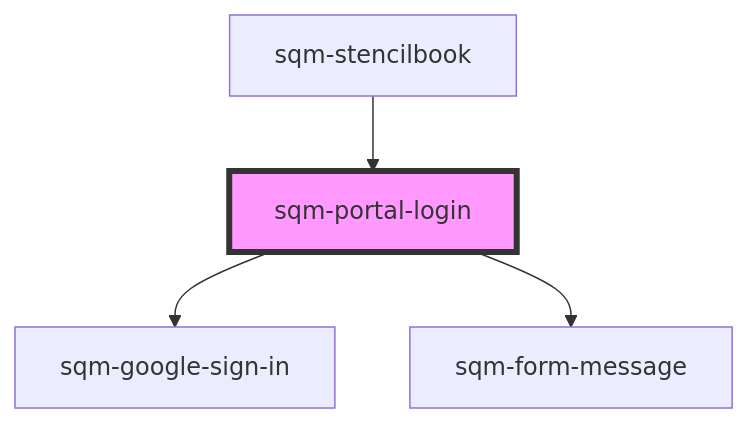
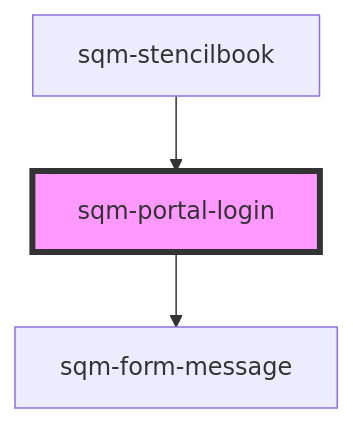
Before and after one commit to saasquatch/program-tools: the diagram in packages/mint-components/src/components/sqm-portal-login/readme.md, drawn with Mermaid. The commit also changed other lines of this file and 14 other files, not shown here.

Commit message:
split google changes to sqm-portal-google-login + prerelease

````diff
--- a/packages/mint-components/src/components/sqm-portal-login/readme.md
+++ b/packages/mint-components/src/components/sqm-portal-login/readme.md
@@ -40,7 +37,6 @@
 ```mermaid
 graph TD;
-  sqm-portal-login --> sqm-google-sign-in
   sqm-portal-login --> sqm-form-message
   sqm-stencilbook --> sqm-portal-login
   style sqm-portal-login fill:#f9f,stroke:#333,stroke-width:4px
 ```
````
